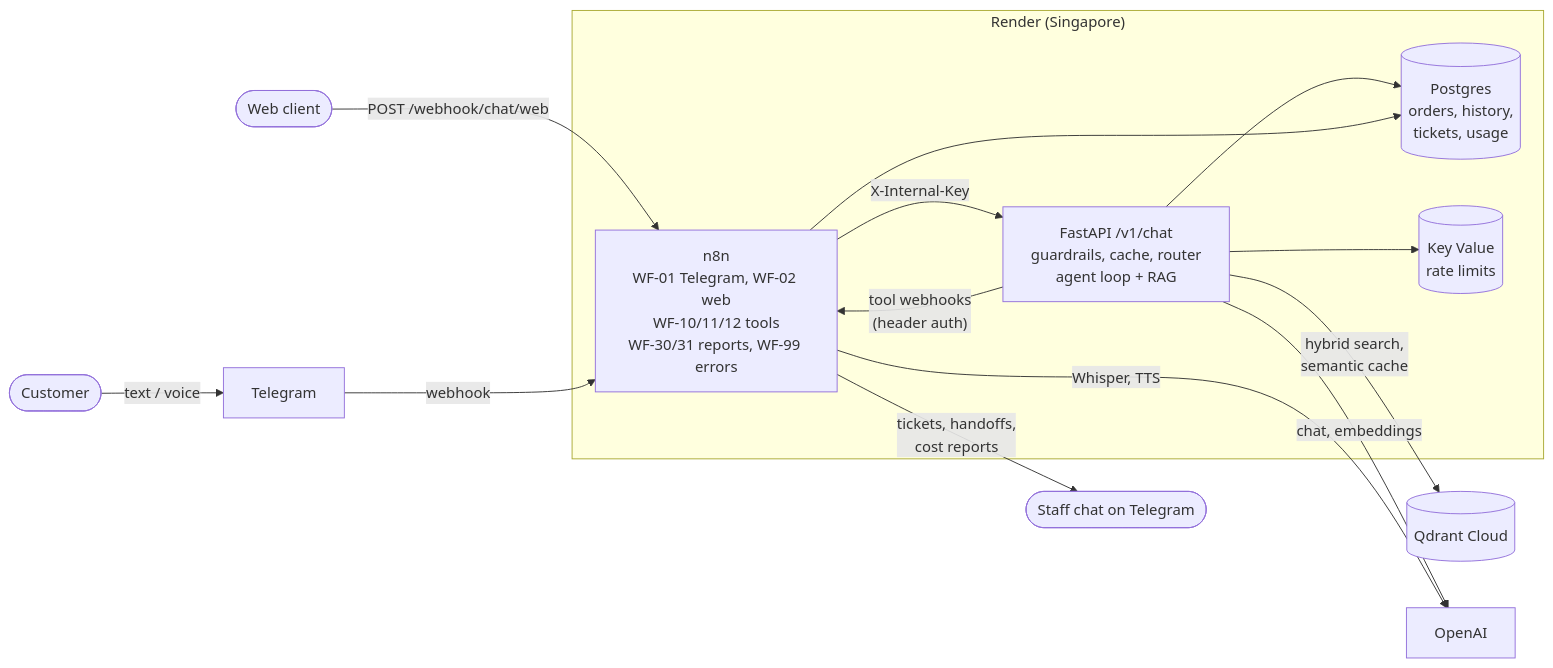
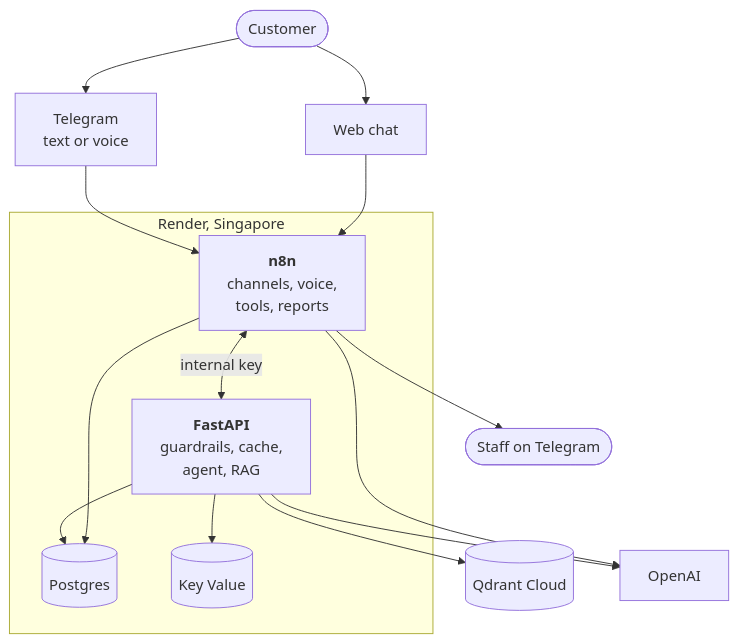
Before and after one commit to KelvinTrinhSG/smartcs: the diagram in README.md, drawn with Mermaid. The commit also changed other lines of this file, not shown here.

Commit message:
README: vertical architecture diagram that stays readable on GitHub

````diff
--- a/README.md
+++ b/README.md
@@ -45,23 +45,23 @@
 ```mermaid
-flowchart LR
-    U(["Customer"]) -->|"text / voice"| TG["Telegram"]
-    W(["Web client"]) -->|"POST /webhook/chat/web"| N8N
-    TG -->|webhook| N8N
+flowchart TB
+    C(["Customer"]) --> TG["Telegram<br/>text or voice"]
+    C --> WEB["Web chat"]
 
-    subgraph Render["Render (Singapore)"]
-        N8N["n8n<br/>WF-01 Telegram, WF-02 web<br/>WF-10/11/12 tools<br/>WF-30/31 reports, WF-99 errors"]
-        API["FastAPI /v1/chat<br/>guardrails, cache, router<br/>agent loop + RAG"]
-        PG[("Postgres<br/>orders, history,<br/>tickets, usage")]
-        R[("Key Value<br/>rate limits")]
+    subgraph Render["Render, Singapore"]
+        N8N["<b>n8n</b><br/>channels, voice,<br/>tools, reports"]
+        API["<b>FastAPI</b><br/>guardrails, cache,<br/>agent, RAG"]
+        PG[("Postgres")]
+        KV[("Key Value")]
     end
 
-    N8N -->|"X-Internal-Key"| API
-    API -->|"tool webhooks<br/>(header auth)"| N8N
+    TG --> N8N
+    WEB --> N8N
+    N8N <-->|"internal key"| API
     API --> PG
-    API --> R
+    API --> KV
     N8N --> PG
-    API -->|"hybrid search,<br/>semantic cache"| Q[("Qdrant Cloud")]
-    API -->|"chat, embeddings"| OAI["OpenAI"]
-    N8N -->|"Whisper, TTS"| OAI
-    N8N -->|"tickets, handoffs,<br/>cost reports"| STAFF(["Staff chat on Telegram"])
+    API --> Q[("Qdrant Cloud")]
+    API --> OAI["OpenAI"]
+    N8N --> OAI
+    N8N --> STAFF(["Staff on Telegram"])
 ```
````
